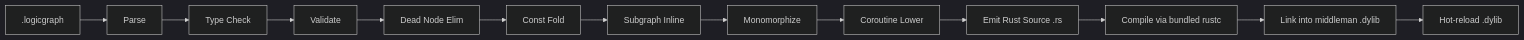
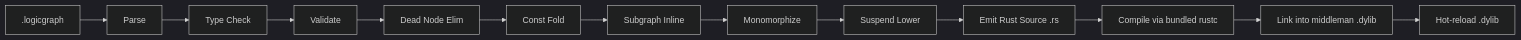
The second of 4 diagrams in docs/design/tools/visual-editors.md (harmonius-dev/harmonius), drawn with Mermaid (dark theme) before and after one commit. The commit also changed other lines of this file and 6 other files, not shown here.

````diff
--- a/docs/design/tools/visual-editors.md
+++ b/docs/design/tools/visual-editors.md
@@ -307,15 +307,15 @@
 ```mermaid
 flowchart LR
     A[.logicgraph] --> B[Parse]
     B --> C[Type Check]
     C --> D[Validate]
     D --> E[Dead Node Elim]
     E --> F[Const Fold]
     F --> G[Subgraph Inline]
     G --> H[Monomorphize]
-    H --> I[Coroutine Lower]
+    H --> I[Suspend Lower]
     I --> J[Emit Rust Source .rs]
     J --> K[Compile via bundled rustc]
     K --> L[Link into middleman .dylib]
     L --> M[Hot-reload .dylib]
 ```
````
